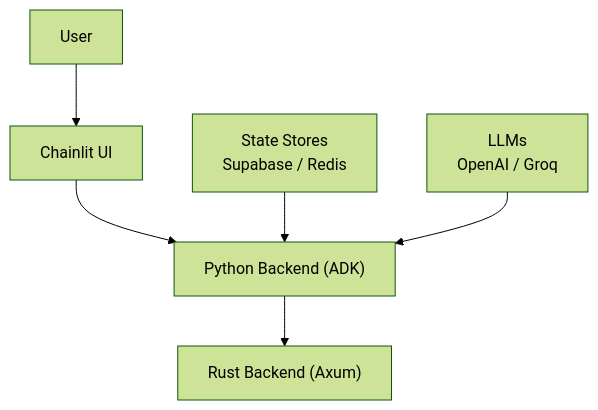
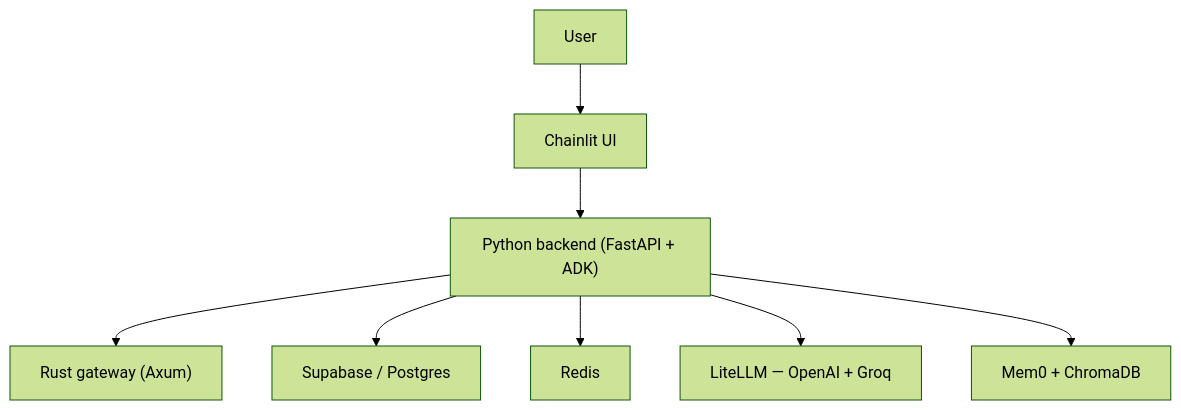
Before and after one commit to muhammadhasaan82/AI_Property_Booking_concierge: the first of 2 diagrams in README.md, drawn with Mermaid (forest theme). The commit also changed other lines of this file, not shown here.

````diff
--- a/README.md
+++ b/README.md
@@ -13,9 +11,10 @@
 ```mermaid
 flowchart TD
     U["User"] --> CL["Chainlit UI"]
-    CL --> PY["Python Backend (ADK)"]
-    PY --> RS["Rust Backend (Axum)"]
-
-    DB["State Stores<br/>Supabase / Redis"] --> PY
-    LLM["LLMs<br/>OpenAI / Groq"] --> PY
+    CL --> PY["Python backend (FastAPI + ADK)"]
+    PY --> RS["Rust gateway (Axum)"]
+    PY --> DB["Supabase / Postgres"]
+    PY --> RD["Redis"]
+    PY --> LLM["LiteLLM — OpenAI + Groq"]
+    PY --> MEM["Mem0 + ChromaDB"]
 ```
````
